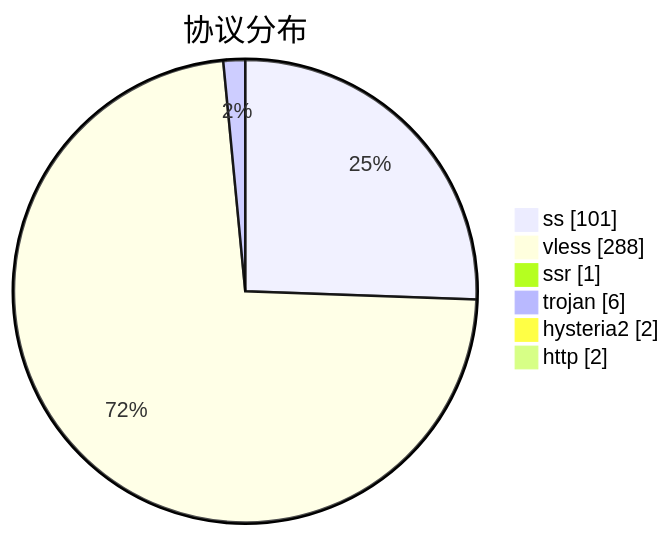
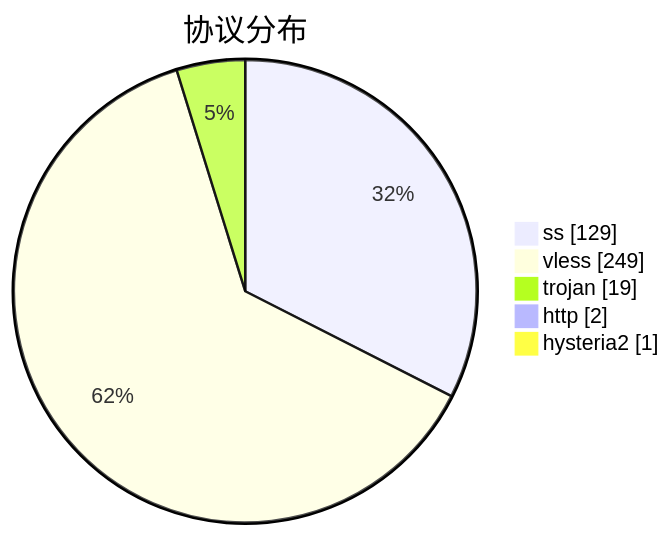
One commit to qjlxg/airport changed the third of 3 diagrams in subs/statistics/tested_within.md. Above: the diagram before and after it, drawn with Mermaid. The commit also changed other lines of this file and 2 other files, not shown here.

````diff
--- a/subs/statistics/tested_within.md
+++ b/subs/statistics/tested_within.md
@@ -19,10 +19,9 @@
 ```mermaid
 pie showData
 title 协议分布
-"ss" : 101
-"vless" : 288
-"ssr" : 1
-"trojan" : 6
-"hysteria2" : 2
+"ss" : 129
+"vless" : 249
+"trojan" : 19
 "http" : 2
+"hysteria2" : 1
 ```
````
